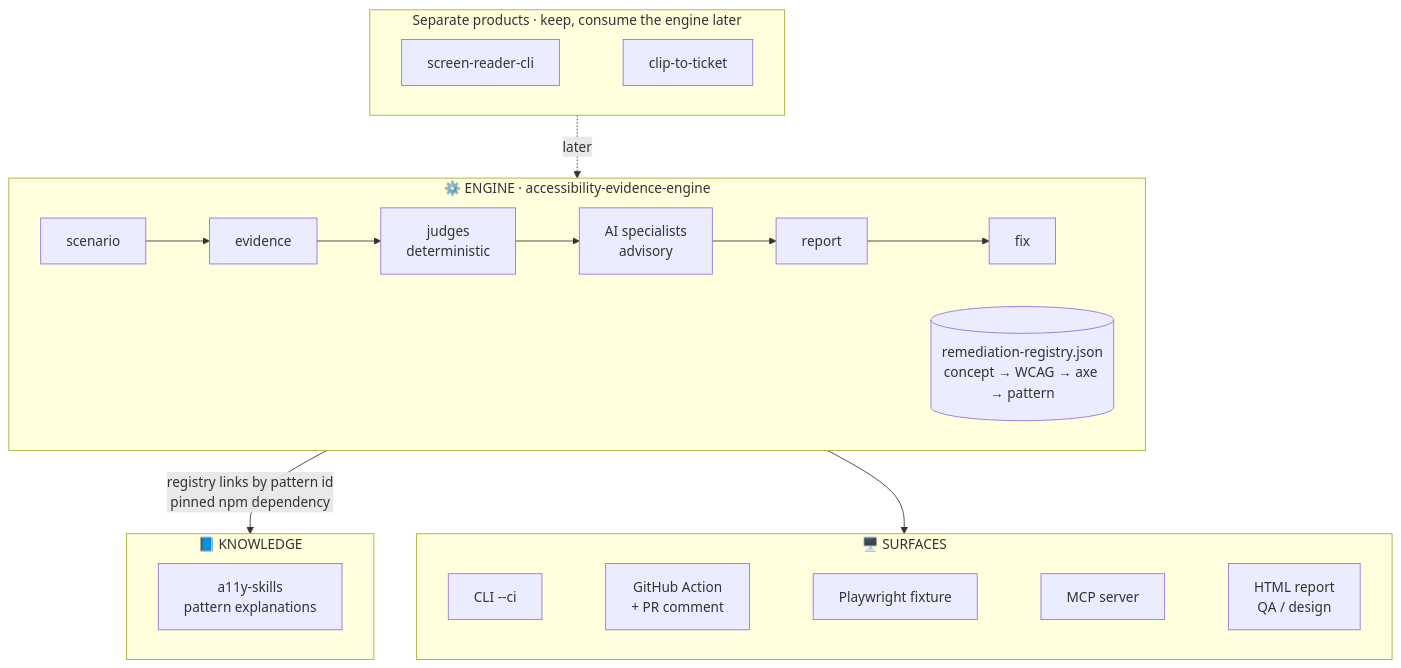
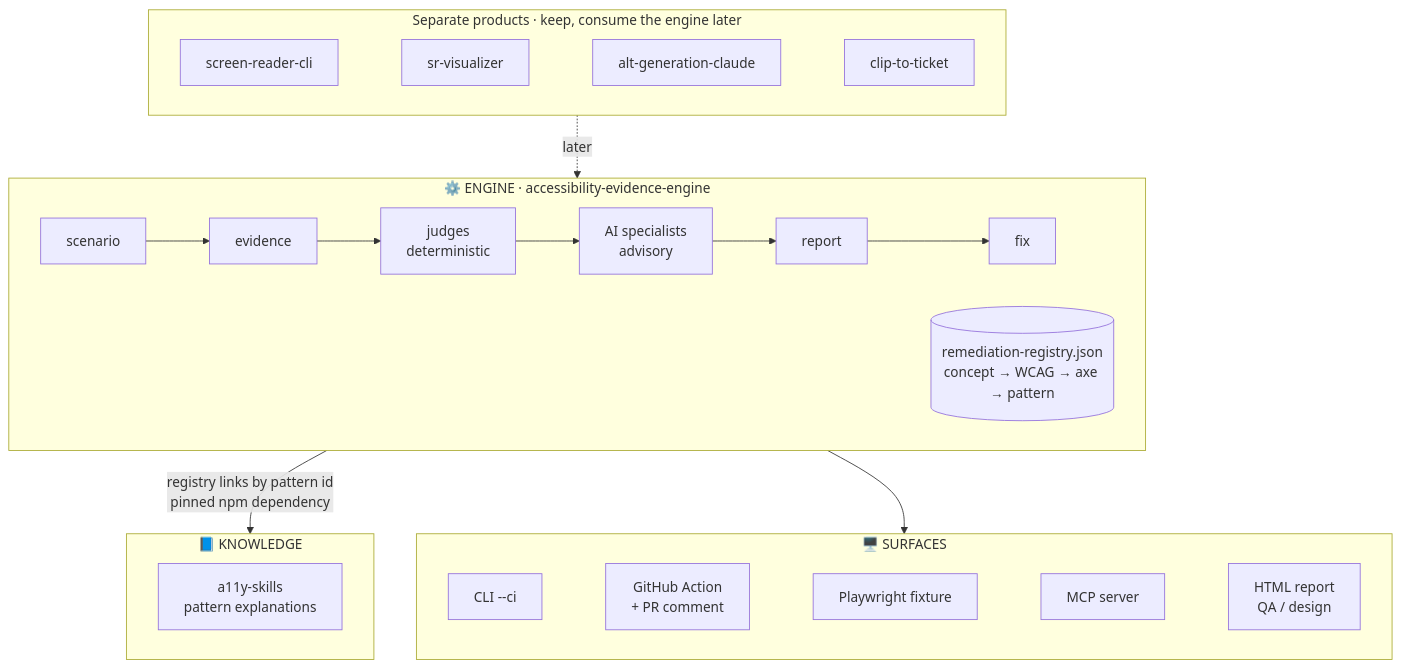
One commit to Elizabeth1979/accessibility-evidence-engine changed the second of 3 diagrams in docs/MASTER-PLAN.md. Above: the diagram before and after it, drawn with Mermaid. The commit also changed other lines of this file and 24 other files, not shown here.

````diff
--- a/docs/MASTER-PLAN.md
+++ b/docs/MASTER-PLAN.md
@@ -37,22 +37,22 @@
 ```mermaid
 flowchart TB
   subgraph SEPARATE["Separate products · keep, consume the engine later"]
     direction LR
-    SRC["screen-reader-cli"] ~~~ CTT["clip-to-ticket"]
+    SRC["screen-reader-cli"] ~~~ SRV["sr-visualizer"] ~~~ ALT["alt-generation-claude"] ~~~ CTT["clip-to-ticket"]
   end
   subgraph ENGINE["⚙️ ENGINE · accessibility-evidence-engine"]
     direction LR
     S["scenario"] --> E["evidence"] --> J["judges<br/>deterministic"] --> A["AI specialists<br/>advisory"] --> R["report"] --> F["fix"]
     REG[("remediation-registry.json<br/>concept → WCAG → axe → pattern")]
   end
   subgraph KNOWLEDGE["📘 KNOWLEDGE"]
     SK["a11y-skills<br/>pattern explanations"]
   end
   subgraph SURFACES["🖥️ SURFACES"]
     direction LR
     CLI["CLI --ci"] ~~~ GHA["GitHub Action<br/>+ PR comment"] ~~~ FIX["Playwright fixture"] ~~~ MCP["MCP server"] ~~~ HTML["HTML report<br/>QA / design"]
   end
   SEPARATE -. "later" .-> ENGINE
   ENGINE -- "registry links by pattern id<br/>pinned npm dependency" --> KNOWLEDGE
   ENGINE --> SURFACES
 ```
````
